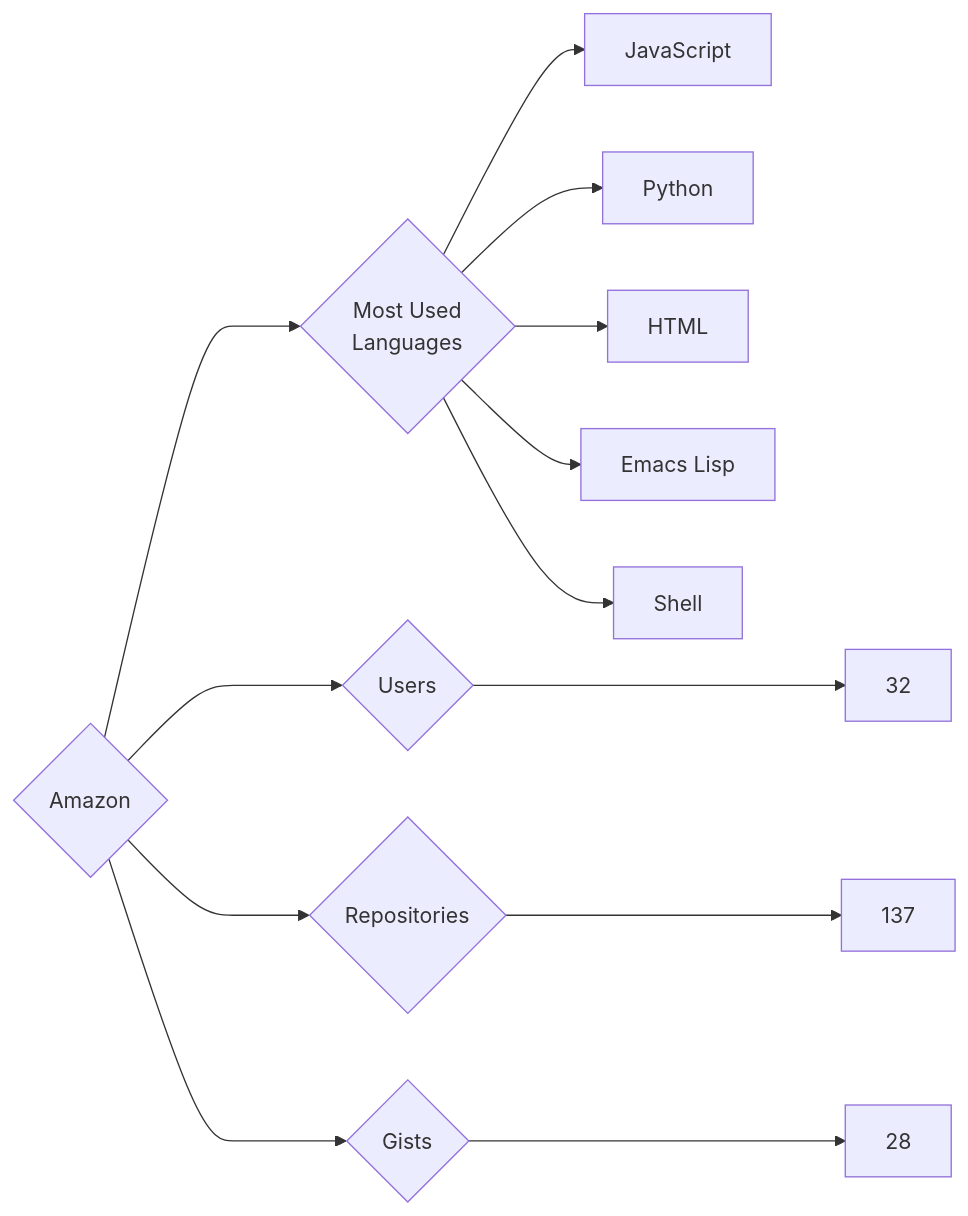
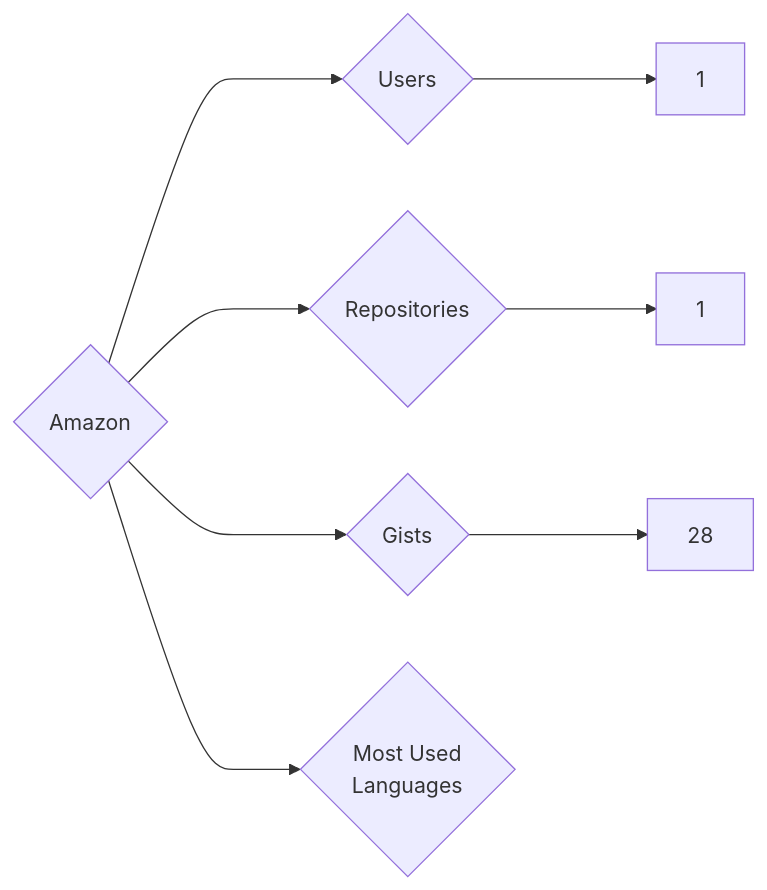
The diagram in targets/Amazon/README.md (trickest/insiders), drawn with Mermaid before and after one commit. The commit also changed 870 other files, not shown here.

````diff
--- a/targets/Amazon/README.md
+++ b/targets/Amazon/README.md
@@ -3,13 +3,8 @@
 ```mermaid
 graph LR
 COMPANY_NAME{Amazon}
-COMPANY_NAME ---> U{Users} ---> UN[32]
-COMPANY_NAME ---> R{Repositories} ---> RN[137]
+COMPANY_NAME ---> U{Users} ---> UN[1]
+COMPANY_NAME ---> R{Repositories} ---> RN[1]
 COMPANY_NAME ---> G{Gists} ---> GN[28]
 COMPANY_NAME ---> ML{Most Used<br>Languages}
-ML --> JavaScript[JavaScript]
-ML --> Python[Python]
-ML --> HTML[HTML]
-ML --> Emacs_Lisp[Emacs Lisp]
-ML --> Shell[Shell]
 ```
````
